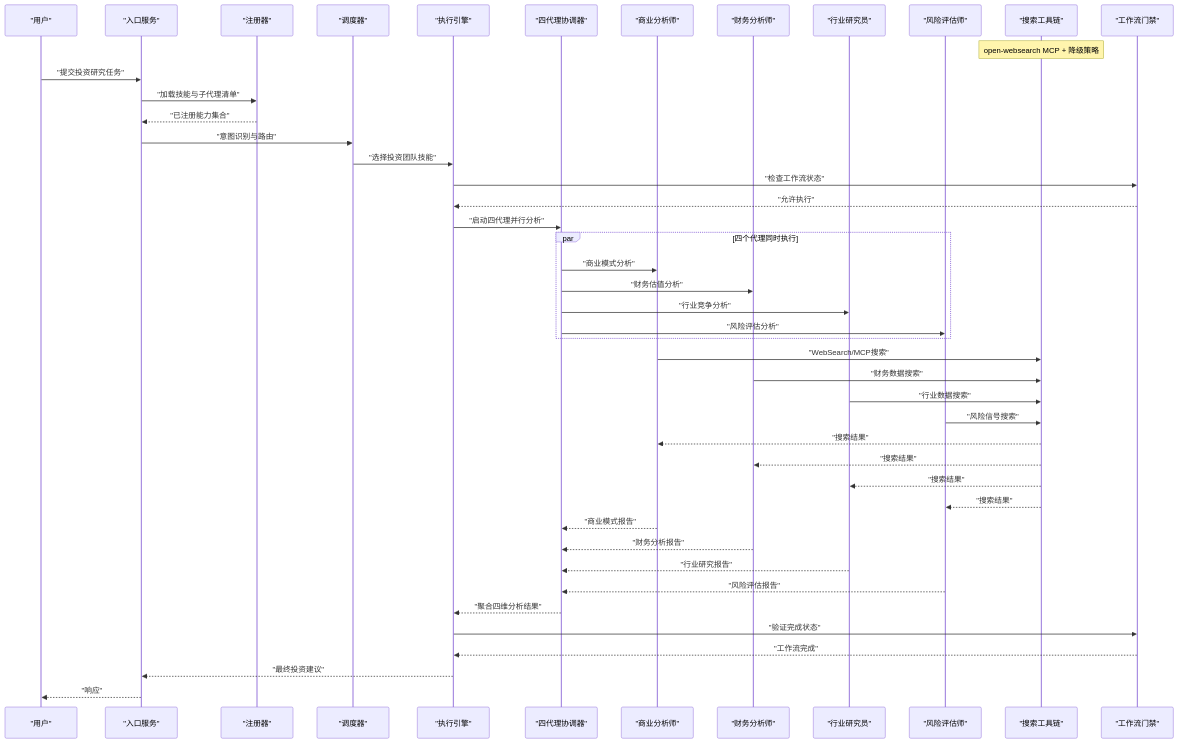
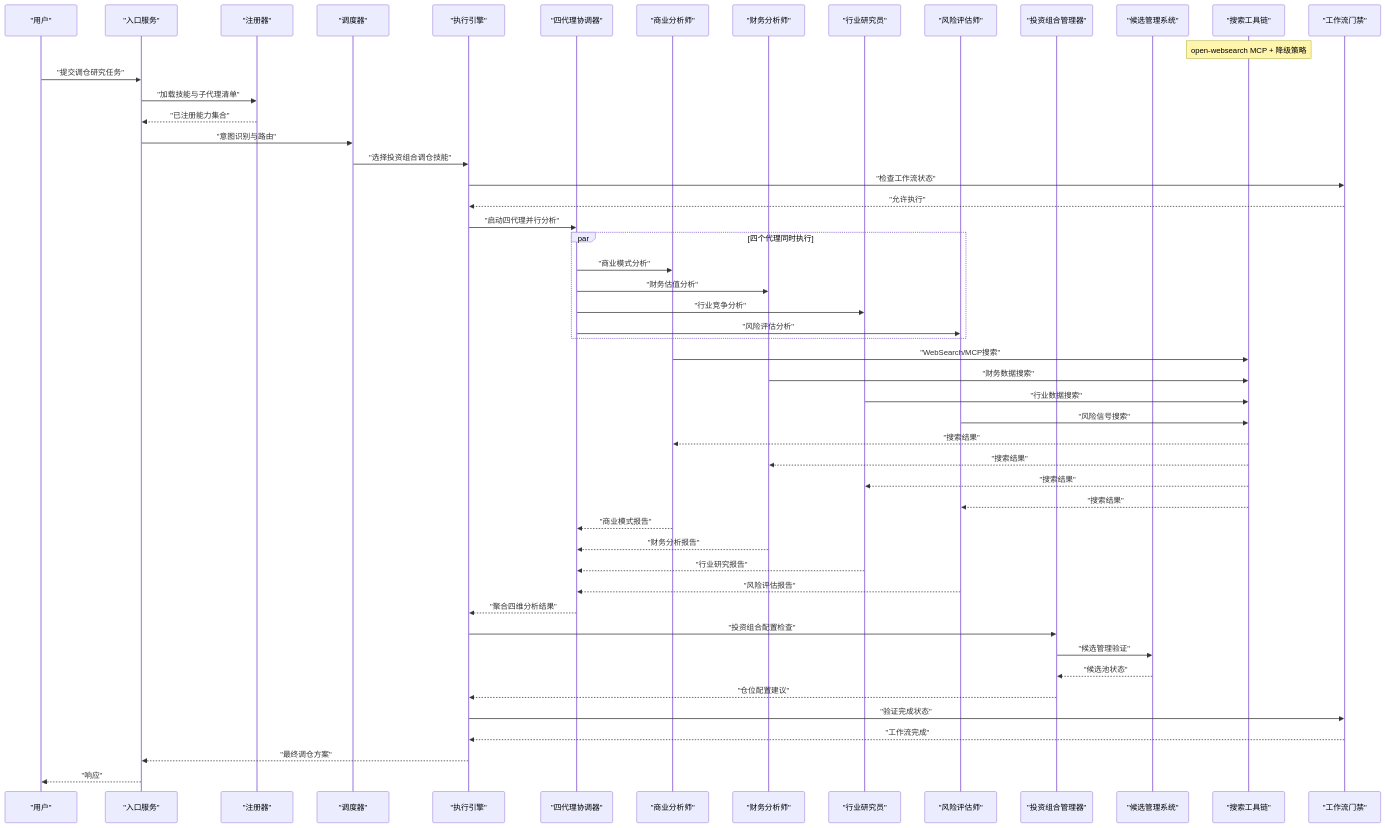
One commit to Ted-Engineer/ai-berkshire changed the second of 8 diagrams in .qoder/repowiki/zh/content/AI技能系统/技能架构设计.md. Above: the diagram before and after it, drawn with Mermaid. The commit also changed other lines of this file and 120 other files, not shown here.

````diff
--- a/.qoder/repowiki/zh/content/AI技能系统/技能架构设计.md
+++ b/.qoder/repowiki/zh/content/AI技能系统/技能架构设计.md
@@ -130,47 +144,53 @@
 ```mermaid
 sequenceDiagram
 participant U as "用户"
 participant API as "入口服务"
 participant REG as "注册器"
 participant DSP as "调度器"
 participant EXE as "执行引擎"
 participant CO as "四代理协调器"
 participant A1 as "商业分析师"
 participant A2 as "财务分析师"
 participant A3 as "行业研究员"
 participant A4 as "风险评估师"
+participant PM as "投资组合管理器"
+participant CM as "候选管理系统"
 participant SEARCH as "搜索工具链"
 participant GATE as "工作流门禁"
 Note over SEARCH : open-websearch MCP + 降级策略
-U->>API : "提交投资研究任务"
+U->>API : "提交调仓研究任务"
 API->>REG : "加载技能与子代理清单"
 REG-->>API : "已注册能力集合"
 API->>DSP : "意图识别与路由"
-DSP->>EXE : "选择投资团队技能"
+DSP->>EXE : "选择投资组合调仓技能"
 EXE->>GATE : "检查工作流状态"
 GATE-->>EXE : "允许执行"
 EXE->>CO : "启动四代理并行分析"
 par 四个代理同时执行
 CO->>A1 : "商业模式分析"
 CO->>A2 : "财务估值分析"
 CO->>A3 : "行业竞争分析"
 CO->>A4 : "风险评估分析"
 end
 A1->>SEARCH : "WebSearch/MCP搜索"
 A2->>SEARCH : "财务数据搜索"
 A3->>SEARCH : "行业数据搜索"
 A4->>SEARCH : "风险信号搜索"
 SEARCH-->>A1 : "搜索结果"
 SEARCH-->>A2 : "搜索结果"
 SEARCH-->>A3 : "搜索结果"
 SEARCH-->>A4 : "搜索结果"
 A1-->>CO : "商业模式报告"
 A2-->>CO : "财务分析报告"
 A3-->>CO : "行业研究报告"
 A4-->>CO : "风险评估报告"
 CO-->>EXE : "聚合四维分析结果"
+EXE->>PM : "投资组合配置检查"
+PM->>CM : "候选管理验证"
+CM-->>PM : "候选池状态"
+PM-->>EXE : "仓位配置建议"
 EXE->>GATE : "验证完成状态"
 GATE-->>EXE : "工作流完成"
-EXE-->>API : "最终投资建议"
+EXE-->>API : "最终调仓方案"
 API-->>U : "响应"
 ```
````
